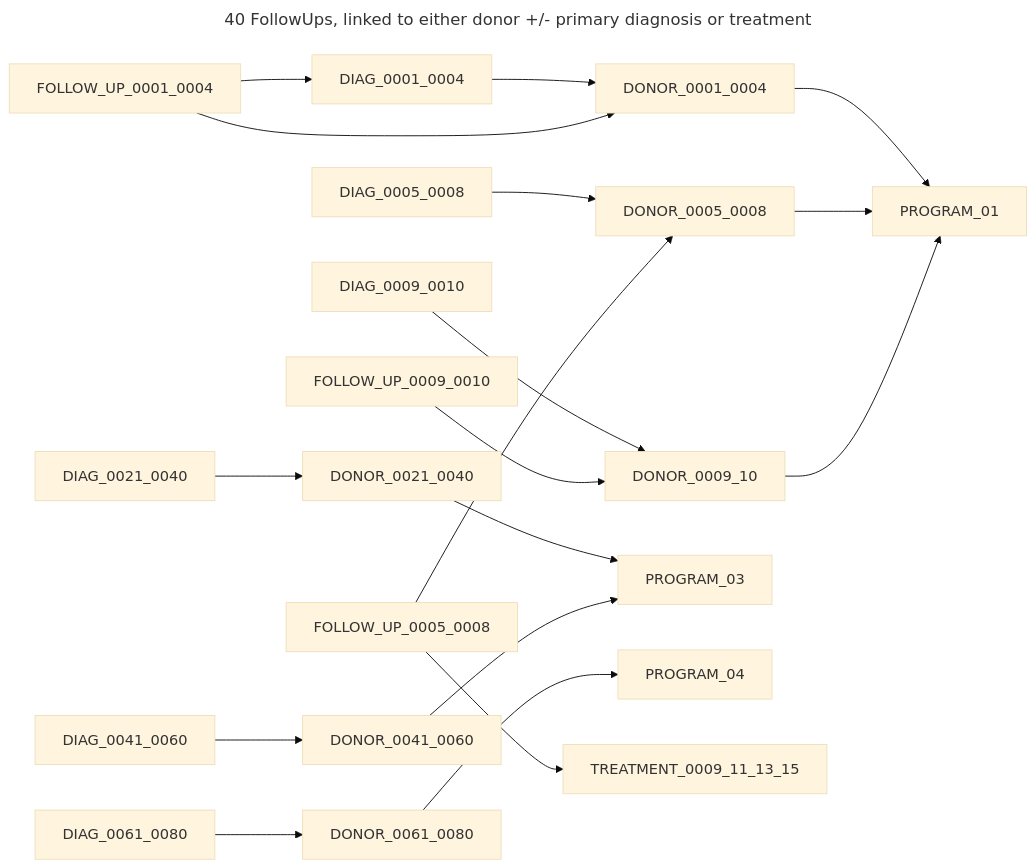
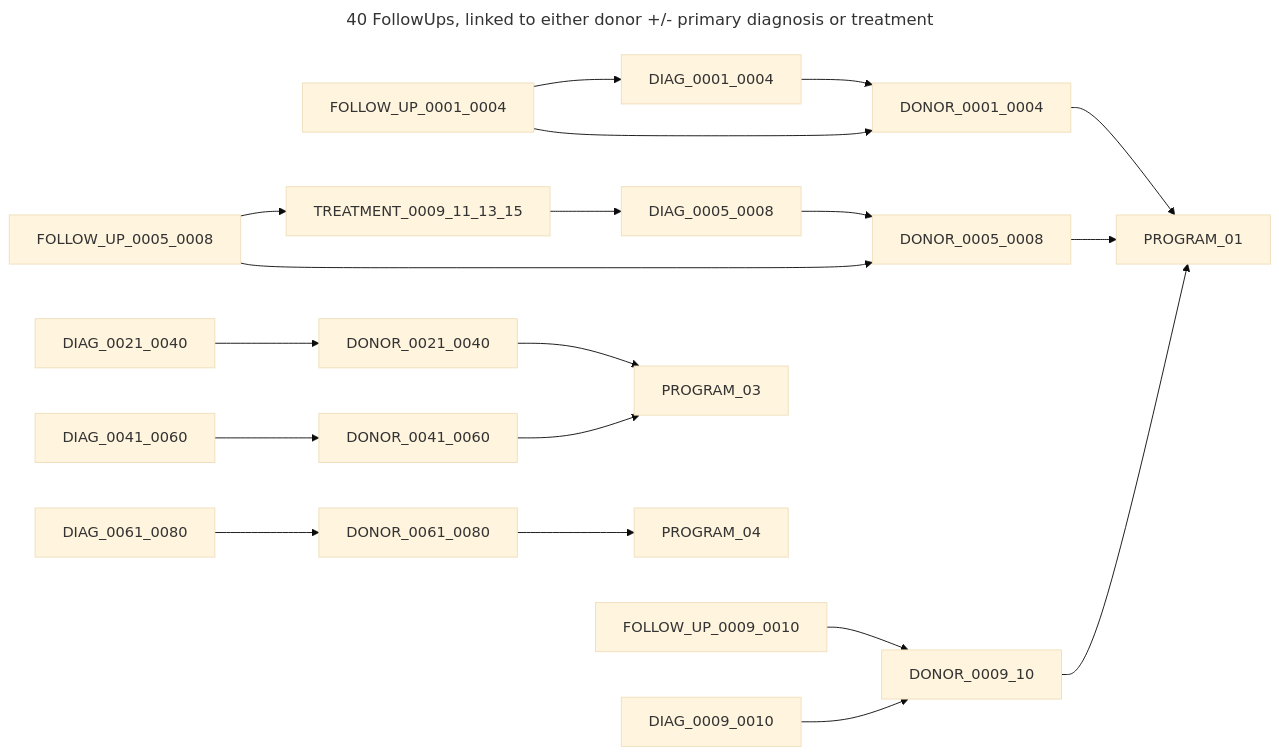
The seventh of 9 diagrams in chord_metadata_service/mohpackets/data/small_dataset/README.md (CanDIG/katsu), drawn with Mermaid (base theme) before and after one commit. The commit also changed other lines of this file, not shown here.

````diff
--- a/chord_metadata_service/mohpackets/data/small_dataset/README.md
+++ b/chord_metadata_service/mohpackets/data/small_dataset/README.md
@@ -121,18 +121,18 @@
 ```mermaid
 ---
 title: 40 FollowUps, linked to either donor +/- primary diagnosis or treatment
 ---
 graph LR;  
   DIAG_0001_0004 --> DONOR_0001_0004 --> PROGRAM_01;
-  DIAG_0005_0008 --> DONOR_0005_0008 --> PROGRAM_01;
-  DIAG_0009_0010 --> DONOR_0009_10 --> PROGRAM_01;
+  FOLLOW_UP_0001_0004 --> DONOR_0001_0004;
+  FOLLOW_UP_0001_0004 --> DIAG_0001_0004;
+  TREATMENT_0009_11_13_15 --> DIAG_0005_0008 --> DONOR_0005_0008 --> PROGRAM_01;
+  FOLLOW_UP_0005_0008 --> DONOR_0005_0008;
+  FOLLOW_UP_0005_0008 --> TREATMENT_0009_11_13_15;
+  FOLLOW_UP_0009_0010 --> DONOR_0009_10 --> PROGRAM_01;
+  DIAG_0009_0010 --> DONOR_0009_10;
   DIAG_0021_0040 --> DONOR_0021_0040 --> PROGRAM_03;  
   DIAG_0041_0060 --> DONOR_0041_0060 --> PROGRAM_03;  
   DIAG_0061_0080 --> DONOR_0061_0080 --> PROGRAM_04;
-  FOLLOW_UP_0001_0004 --> DONOR_0001_0004;
-  FOLLOW_UP_0001_0004 --> DIAG_0001_0004;
-  FOLLOW_UP_0005_0008 --> DONOR_0005_0008;
-  FOLLOW_UP_0005_0008 --> TREATMENT_0009_11_13_15;
-  FOLLOW_UP_0009_0010 --> DONOR_0009_10;
   
 ```
````
